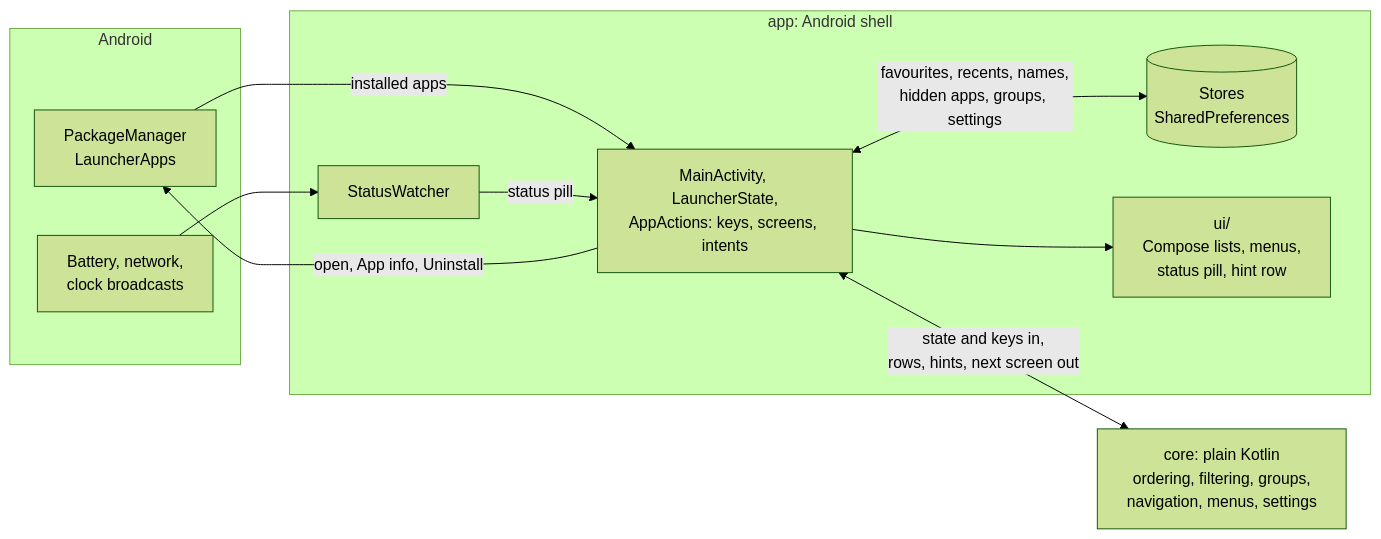
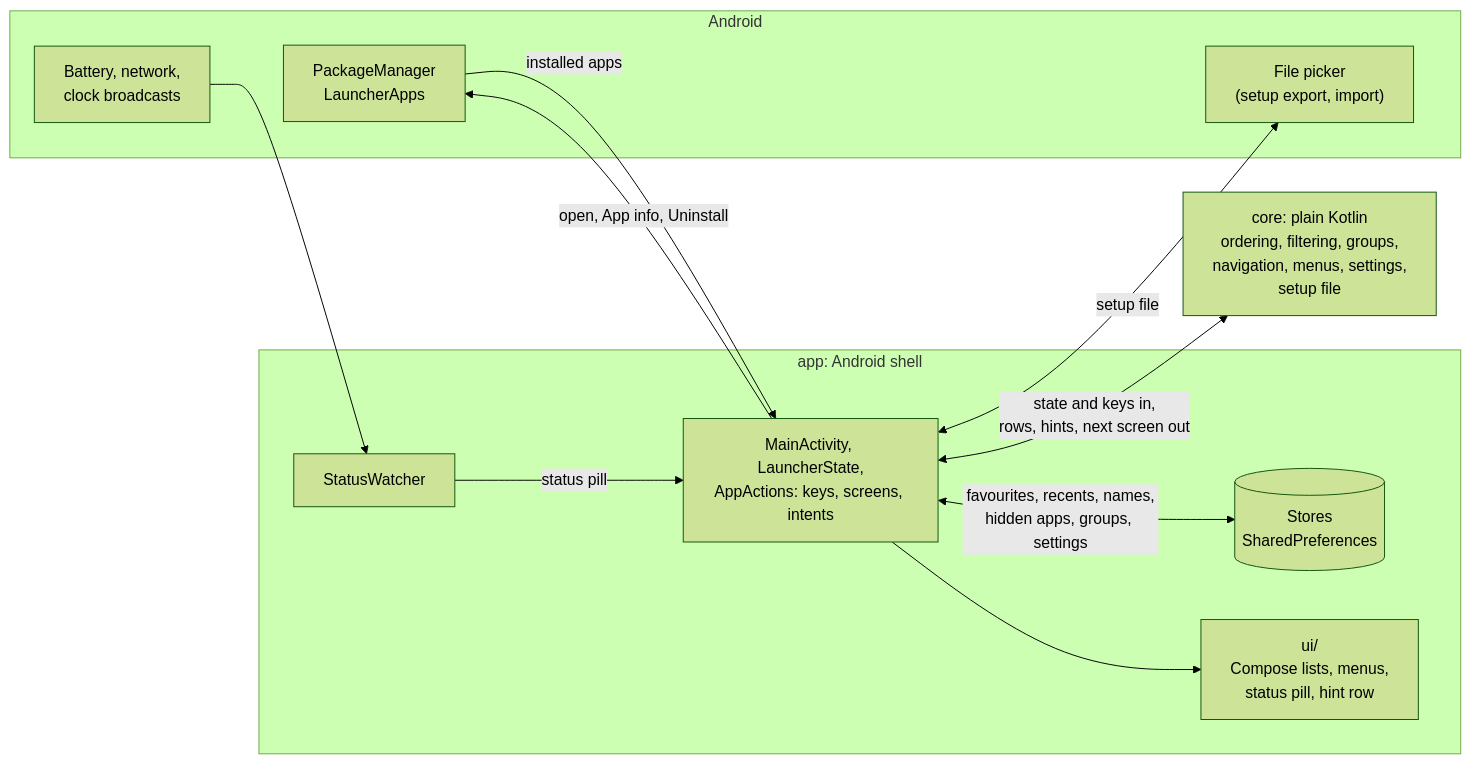
One commit to Tim-van-Oudheusden/MinimalUI changed the first of 2 diagrams in README.md. Above: the diagram before and after it, drawn with Mermaid (forest theme). The commit also changed other lines of this file and 22 other files, not shown here.

First line of the commit message:
feat(settings): export and import the setup through a file (#208)

````diff
--- a/README.md
+++ b/README.md
@@ -118,23 +119,25 @@
 ```mermaid
 flowchart LR
   subgraph android["Android"]
     pm["PackageManager<br/>LauncherApps"]
     system["Battery, network,<br/>clock broadcasts"]
+    picker["File picker<br/>(setup export, import)"]
   end
 
   subgraph app["app: Android shell"]
     activity["MainActivity, LauncherState,<br/>AppActions: keys, screens, intents"]
     watcher["StatusWatcher"]
     stores[("Stores<br/>SharedPreferences")]
     ui["ui/<br/>Compose lists, menus,<br/>status pill, hint row"]
   end
 
-  core["core: plain Kotlin<br/>ordering, filtering, groups,<br/>navigation, menus, settings"]
+  core["core: plain Kotlin<br/>ordering, filtering, groups,<br/>navigation, menus, settings,<br/>setup file"]
 
   pm -->|"installed apps"| activity
   system --> watcher -->|"status pill"| activity
   activity <-->|"favourites, recents, names,<br/>hidden apps, groups, settings"| stores
   activity <-->|"state and keys in,<br/>rows, hints, next screen out"| core
   activity --> ui
   activity -->|"open, App info, Uninstall"| pm
+  activity <-->|"setup file"| picker
 ```
````
